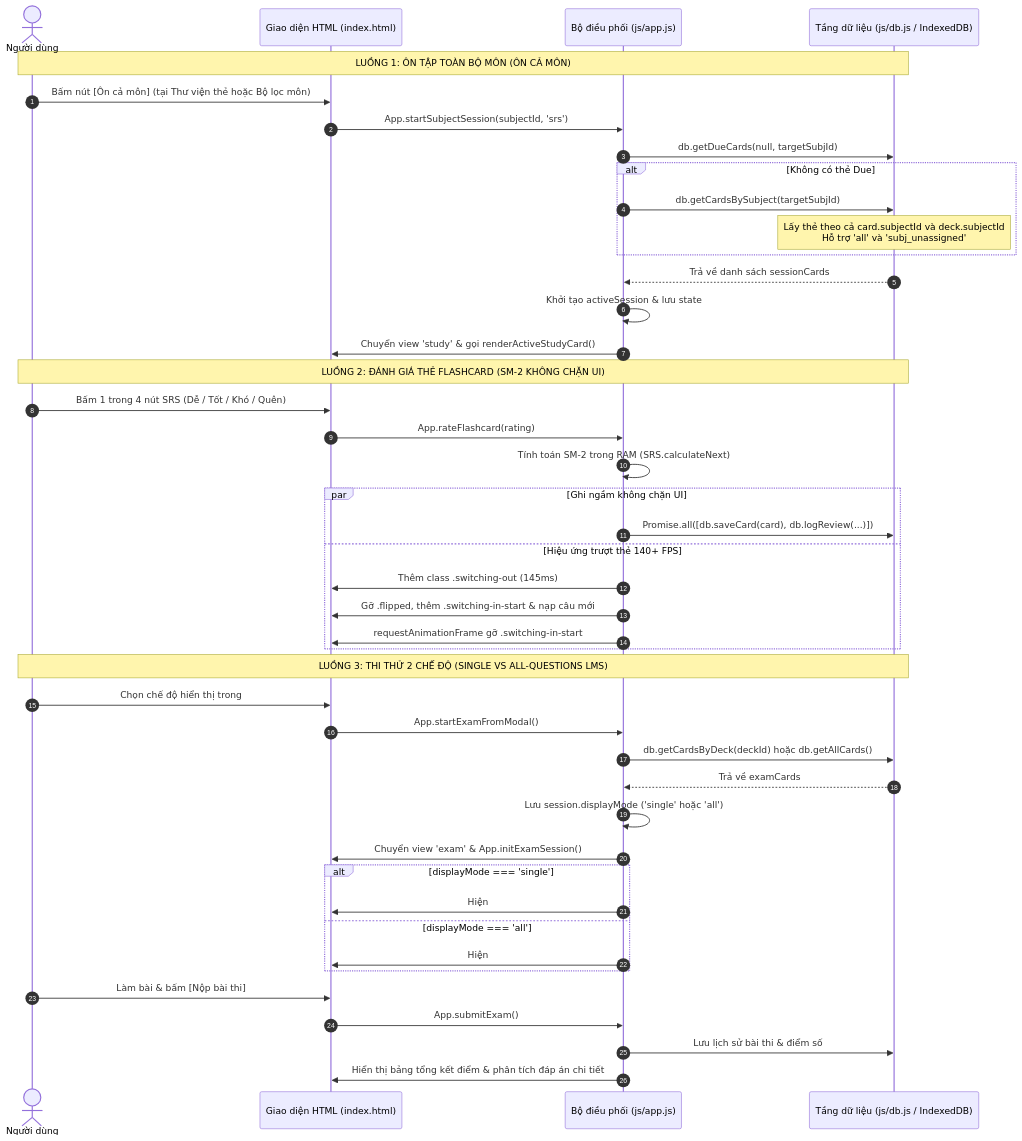
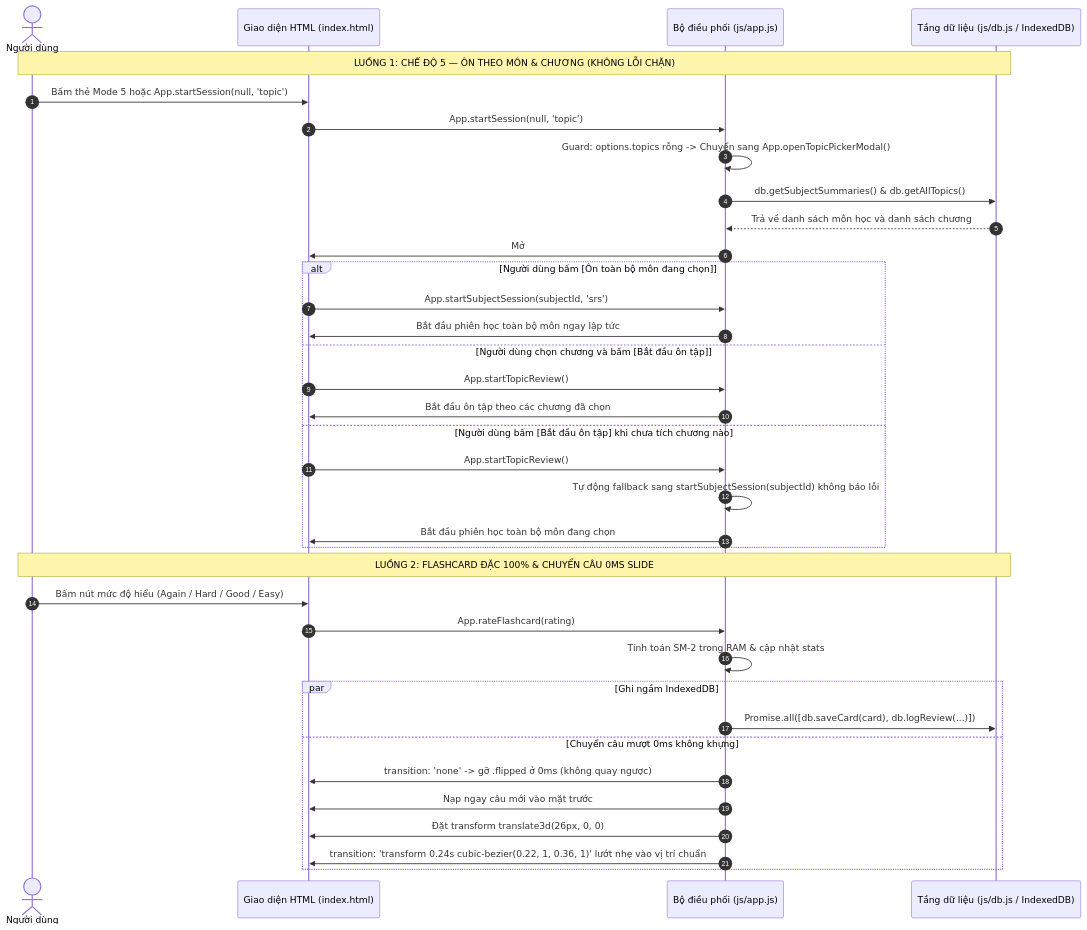
One commit to longcrpuen/tinhminhlaki changed the second of 2 diagrams in docs/ARCHITECTURE_GRAPH.md. Above: the diagram before and after it, drawn with Mermaid. The commit also changed other lines of this file and 11 other files, not shown here.

Commit message:
feat(1i): convex liquid glass lens filter, deduplicated topic mode, opaque flashcards and marimba audio

````diff
--- a/docs/ARCHITECTURE_GRAPH.md
+++ b/docs/ARCHITECTURE_GRAPH.md
@@ -61,49 +60,40 @@
 ```mermaid
 sequenceDiagram
     autonumber
     actor User as Người dùng
     participant DOM as Giao diện HTML (index.html)
     participant App as Bộ điều phối (js/app.js)
     participant DB as Tầng dữ liệu (js/db.js / IndexedDB)
 
-    Note over User,DB: LUỒNG 1: ÔN TẬP TOÀN BỘ MÔN (ÔN CẢ MÔN)
-    User->>DOM: Bấm nút [Ôn cả môn] (tại Thư viện thẻ hoặc Bộ lọc môn)
-    DOM->>App: App.startSubjectSession(subjectId, 'srs')
-    App->>DB: db.getDueCards(null, targetSubjId)
-    alt Không có thẻ Due
-        App->>DB: db.getCardsBySubject(targetSubjId)
-        Note over DB: Lấy thẻ theo cả card.subjectId và deck.subjectId<br/>Hỗ trợ 'all' và 'subj_unassigned'
-    end
-    DB-->>App: Trả về danh sách sessionCards
-    App->>App: Khởi tạo activeSession & lưu state
-    App->>DOM: Chuyển view 'study' & gọi renderActiveStudyCard()
-
-    Note over User,DB: LUỒNG 2: ĐÁNH GIÁ THẺ FLASHCARD (SM-2 KHÔNG CHẶN UI)
-    User->>DOM: Bấm 1 trong 4 nút SRS (Dễ / Tốt / Khó / Quên)
-    DOM->>App: App.rateFlashcard(rating)
-    App->>App: Tính toán SM-2 trong RAM (SRS.calculateNext)
-    par Ghi ngầm không chặn UI
-        App->>DB: Promise.all([db.saveCard(card), db.logReview(...)])
-    and Hiệu ứng trượt thẻ 140+ FPS
-        App->>DOM: Thêm class .switching-out (145ms)
-        App->>DOM: Gỡ .flipped, thêm .switching-in-start & nạp câu mới
-        App->>DOM: requestAnimationFrame gỡ .switching-in-start
+    Note over User,DB: LUỒNG 1: CHẾ ĐỘ 5 — ÔN THEO MÔN & CHƯƠNG (KHÔNG LỖI CHẶN)
+    User->>DOM: Bấm thẻ Mode 5 hoặc App.startSession(null, 'topic')
+    DOM->>App: App.startSession(null, 'topic')
+    App->>App: Guard: options.topics rỗng -> Chuyển sang App.openTopicPickerModal()
+    App->>DB: db.getSubjectSummaries() & db.getAllTopics()
+    DB-->>App: Trả về danh sách môn học và danh sách chương
+    App->>DOM: Mở #modal-topic-picker hiển thị danh sách môn & chương
+    alt Người dùng bấm [Ôn toàn bộ môn đang chọn]
+        DOM->>App: App.startSubjectSession(subjectId, 'srs')
+        App->>DOM: Bắt đầu phiên học toàn bộ môn ngay lập tức
+    else Người dùng chọn chương và bấm [Bắt đầu ôn tập]
+        DOM->>App: App.startTopicReview()
+        App->>DOM: Bắt đầu ôn tập theo các chương đã chọn
+    else Người dùng bấm [Bắt đầu ôn tập] khi chưa tích chương nào
+        DOM->>App: App.startTopicReview()
+        App->>App: Tự động fallback sang startSubjectSession(subjectId) không báo lỗi
+        App->>DOM: Bắt đầu phiên học toàn bộ môn đang chọn
     end
 
-    Note over User,DB: LUỒNG 3: THI THỬ 2 CHẾ ĐỘ (SINGLE VS ALL-QUESTIONS LMS)
-    User->>DOM: Chọn chế độ hiển thị trong #modal-exam-setup & bấm [Bắt đầu làm bài]
-    DOM->>App: App.startExamFromModal()
-    App->>DB: db.getCardsByDeck(deckId) hoặc db.getAllCards()
-    DB-->>App: Trả về examCards
-    App->>App: Lưu session.displayMode ('single' hoặc 'all')
-    App->>DOM: Chuyển view 'exam' & App.initExamSession()
-    alt displayMode === 'single'
-        App->>DOM: Hiện #exam-single-card-wrap, render từng câu kèm nút Trước/Sau
-    else displayMode === 'all'
-        App->>DOM: Hiện #exam-all-questions-wrap, render toàn bộ câu cuộn dọc kèm Question Palette
+    Note over User,DB: LUỒNG 2: FLASHCARD ĐẶC 100% & CHUYỂN CÂU 0MS SLIDE
+    User->>DOM: Bấm nút mức độ hiểu (Again / Hard / Good / Easy)
+    DOM->>App: App.rateFlashcard(rating)
+    App->>App: Tính toán SM-2 trong RAM & cập nhật stats
+    par Ghi ngầm IndexedDB
+        App->>DB: Promise.all([db.saveCard(card), db.logReview(...)])
+    and Chuyển câu mượt 0ms không khựng
+        App->>DOM: transition: 'none' -> gỡ .flipped ở 0ms (không quay ngược)
+        App->>DOM: Nạp ngay câu mới vào mặt trước
+        App->>DOM: Đặt transform translate3d(26px, 0, 0)
+        App->>DOM: transition: 'transform 0.24s cubic-bezier(0.22, 1, 0.36, 1)' lướt nhẹ vào vị trí chuẩn
     end
-    User->>DOM: Làm bài & bấm [Nộp bài thi]
-    DOM->>App: App.submitExam()
-    App->>DB: Lưu lịch sử bài thi & điểm số
-    App->>DOM: Hiển thị bảng tổng kết điểm & phân tích đáp án chi tiết
 ```
````
